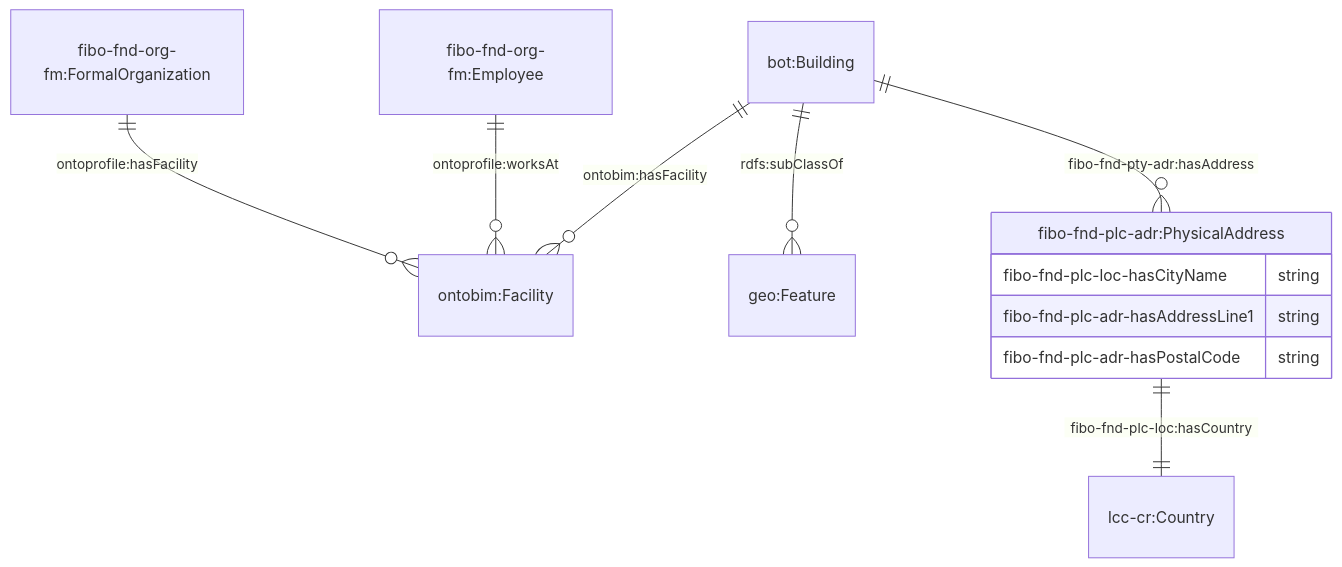
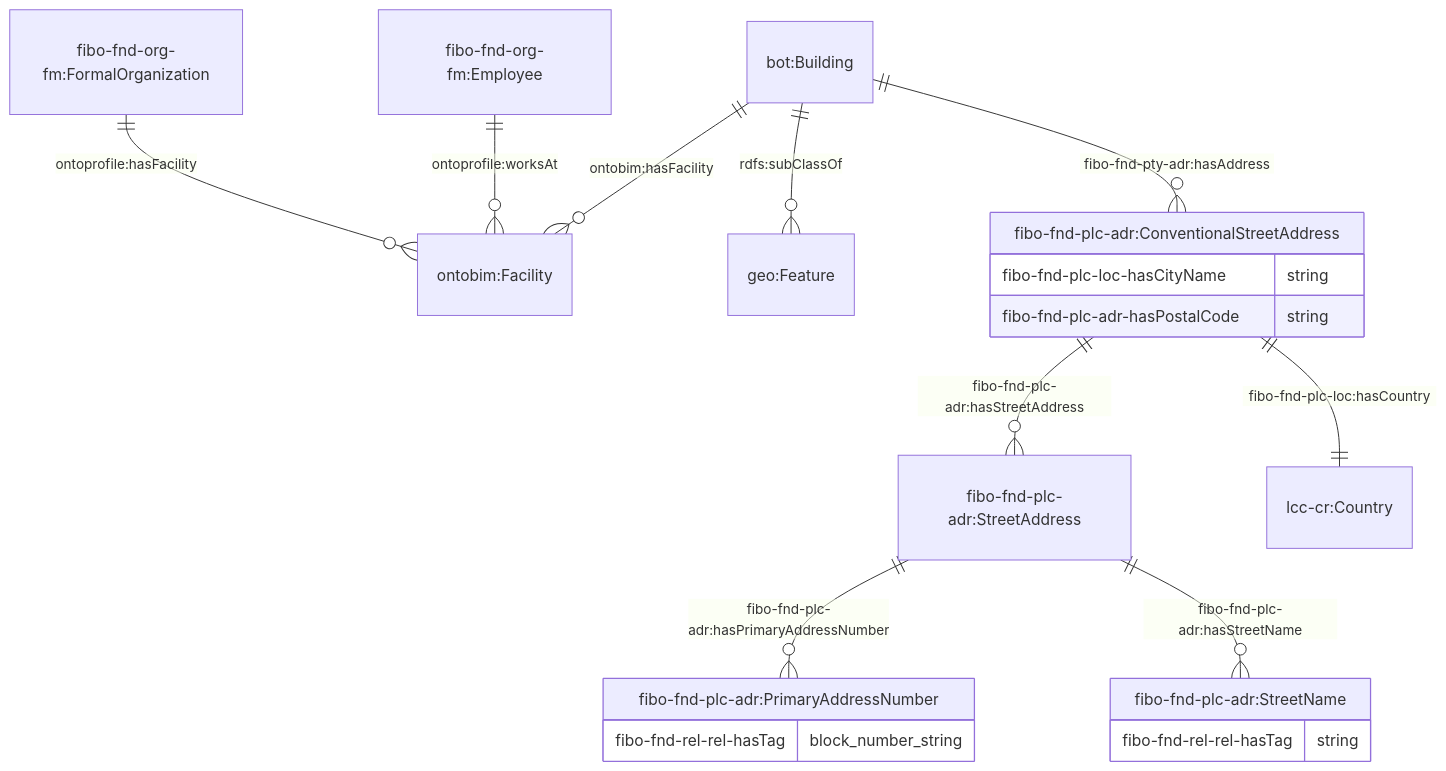
Before and after one commit to cambridge-cares/TheWorldAvatar: the fourth of 4 diagrams in JPS_Ontology/ontology/ontoprofile/README.MD, drawn with Mermaid. The commit also changed other lines of this file and 1 other file, not shown here.

Commit message:
dev-ontoservice-lifecycle: Updated physical address to conventional street address usage in ontoservice and ontoprofile documentation

````diff
--- a/JPS_Ontology/ontology/ontoprofile/README.MD
+++ b/JPS_Ontology/ontology/ontoprofile/README.MD
@@ -149,15 +159,25 @@
 ```mermaid
     erDiagram
     "bot:Building" ||--o{ "ontobim:Facility" : "ontobim:hasFacility "
     "bot:Building" ||--o{ "geo:Feature" : "rdfs:subClassOf"
-    "bot:Building" ||--o{ "fibo-fnd-plc-adr:PhysicalAddress" : "fibo-fnd-pty-adr:hasAddress"
-    "fibo-fnd-plc-adr:PhysicalAddress" ||--|| "lcc-cr:Country" : "fibo-fnd-plc-loc:hasCountry"
-    "fibo-fnd-plc-adr:PhysicalAddress" {
+    "bot:Building" ||--o{ "fibo-fnd-plc-adr:ConventionalStreetAddress" : "fibo-fnd-pty-adr:hasAddress"
+    "fibo-fnd-plc-adr:ConventionalStreetAddress" ||--o{ "fibo-fnd-plc-adr:StreetAddress" : "fibo-fnd-plc-adr:hasStreetAddress"
+    "fibo-fnd-plc-adr:ConventionalStreetAddress" ||--|| "lcc-cr:Country" : "fibo-fnd-plc-loc:hasCountry"
+    "fibo-fnd-plc-adr:ConventionalStreetAddress" {
         fibo-fnd-plc-loc-hasCityName string
-        fibo-fnd-plc-adr-hasAddressLine1 string
         fibo-fnd-plc-adr-hasPostalCode string
+    }
+
+    "fibo-fnd-plc-adr:StreetAddress" ||--o{ "fibo-fnd-plc-adr:PrimaryAddressNumber" : "fibo-fnd-plc-adr:hasPrimaryAddressNumber"
+    "fibo-fnd-plc-adr:StreetAddress" ||--o{ "fibo-fnd-plc-adr:StreetName" : "fibo-fnd-plc-adr:hasStreetName"
+
+    "fibo-fnd-plc-adr:PrimaryAddressNumber" {
+        fibo-fnd-rel-rel-hasTag block_number_string
+    }
+    "fibo-fnd-plc-adr:StreetName" {
+        fibo-fnd-rel-rel-hasTag string
     }
 
     "fibo-fnd-org-fm:FormalOrganization" ||--o{ "ontobim:Facility" : "ontoprofile:hasFacility "
     "fibo-fnd-org-fm:Employee" ||--o{ "ontobim:Facility"  : "ontoprofile:worksAt"
 ```
````
